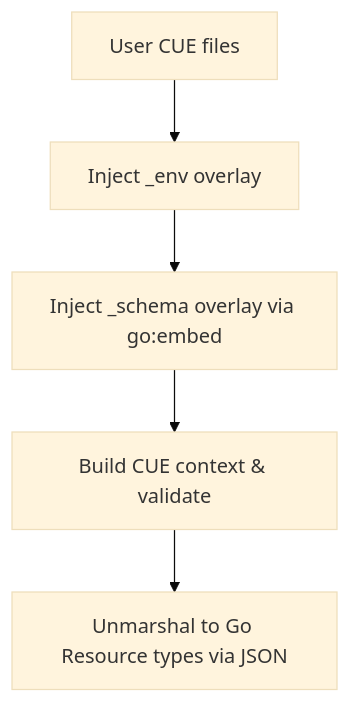
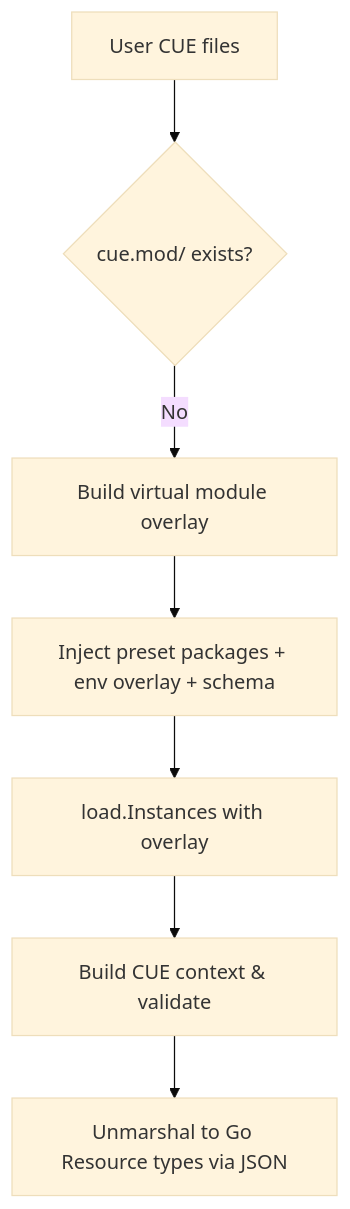
The first of 5 diagrams in docs/architecture.md (terassyi/tomei), drawn with Mermaid (base theme) before and after one commit. The commit also changed other lines of this file and 22 other files, not shown here.

First line of the commit message:
feat: add tomei cue init, CUE_REGISTRY env, and unit tests

````diff
--- a/docs/architecture.md
+++ b/docs/architecture.md
@@ -9,7 +11,9 @@
 ```mermaid
 flowchart TD
-    A[User CUE files] --> B[Inject _env overlay]
-    B --> C[Inject _schema overlay via go:embed]
-    C --> D[Build CUE context & validate]
-    D --> E[Unmarshal to Go Resource types via JSON]
+    A[User CUE files] --> B{cue.mod/ exists?}
+    B -- No --> C[Build virtual module overlay]
+    C --> D[Inject preset packages + env overlay + schema]
+    D --> E[load.Instances with overlay]
+    E --> F[Build CUE context & validate]
+    F --> G[Unmarshal to Go Resource types via JSON]
 ```
````
